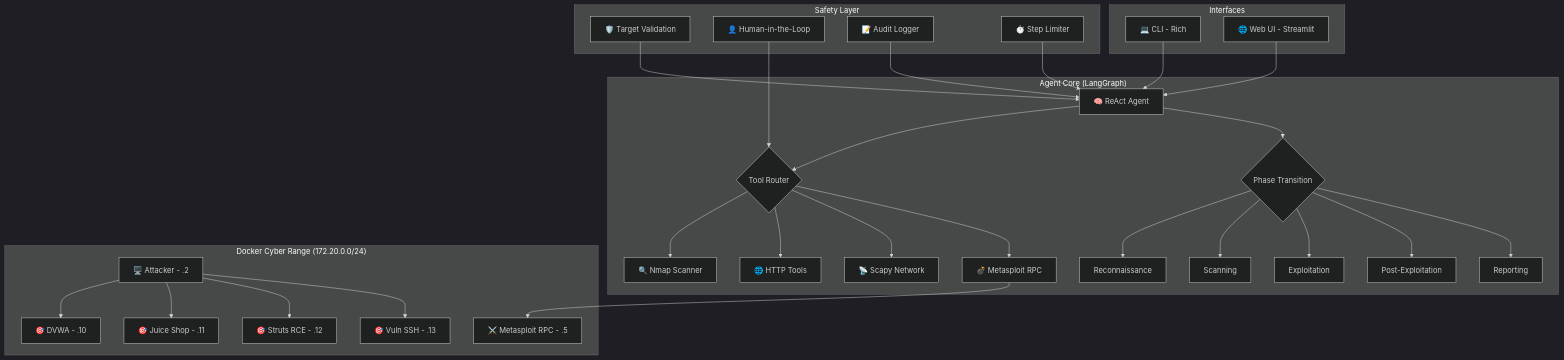
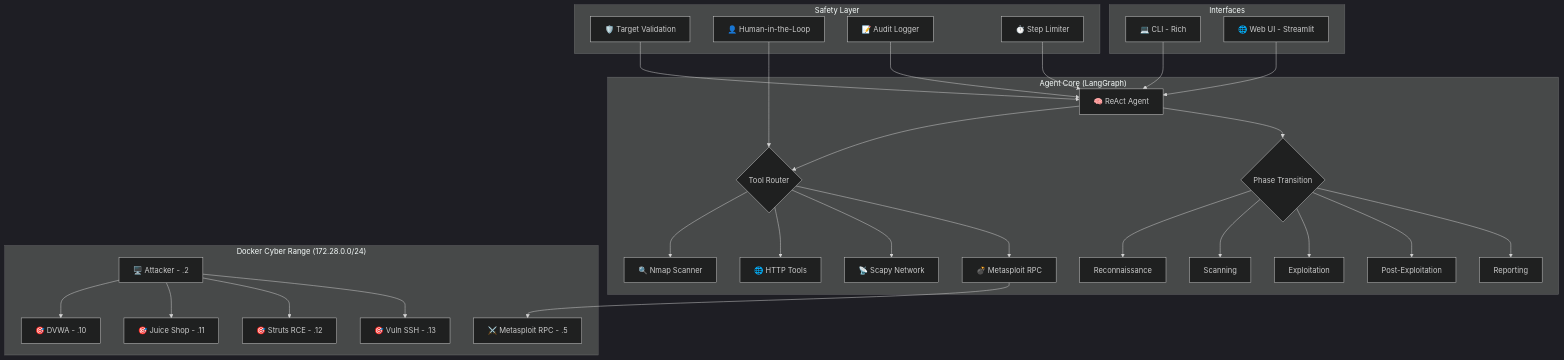
The first of 2 diagrams in README.md (Ayyub2110/red_team_agent), drawn with Mermaid (dark theme) before and after one commit. The commit also changed other lines of this file and 25 other files, not shown here.

````diff
--- a/README.md
+++ b/README.md
@@ -29,43 +29,43 @@
 ```mermaid
 graph TB
     subgraph "Agent Core (LangGraph)"
         A[🧠 ReAct Agent] --> B{Tool Router}
         B --> C[🔍 Nmap Scanner]
         B --> D[🌐 HTTP Tools]
         B --> E[📡 Scapy Network]
         B --> F[💣 Metasploit RPC]
         
         A --> G{Phase Transition}
         G --> H[Reconnaissance]
         G --> I[Scanning]
         G --> J[Exploitation]
         G --> K[Post-Exploitation]
         G --> L[Reporting]
     end
 
     subgraph "Safety Layer"
         M[🛡️ Target Validation] --> A
         N[👤 Human-in-the-Loop] --> B
         O[📝 Audit Logger] --> A
         P[⏱️ Step Limiter] --> A
     end
 
-    subgraph "Docker Cyber Range (172.20.0.0/24)"
+    subgraph "Docker Cyber Range (172.28.0.0/24)"
         Q[🖥️ Attacker - .2]
         R[🎯 DVWA - .10]
         S[🎯 Juice Shop - .11]
         T[🎯 Struts RCE - .12]
         U[🎯 Vuln SSH - .13]
         V[⚔️ Metasploit RPC - .5]
     end
 
     subgraph "Interfaces"
         W[💻 CLI - Rich]
         X[🌐 Web UI - Streamlit]
     end
 
     W --> A
     X --> A
     Q --> R & S & T & U
     F --> V
 ```
````
